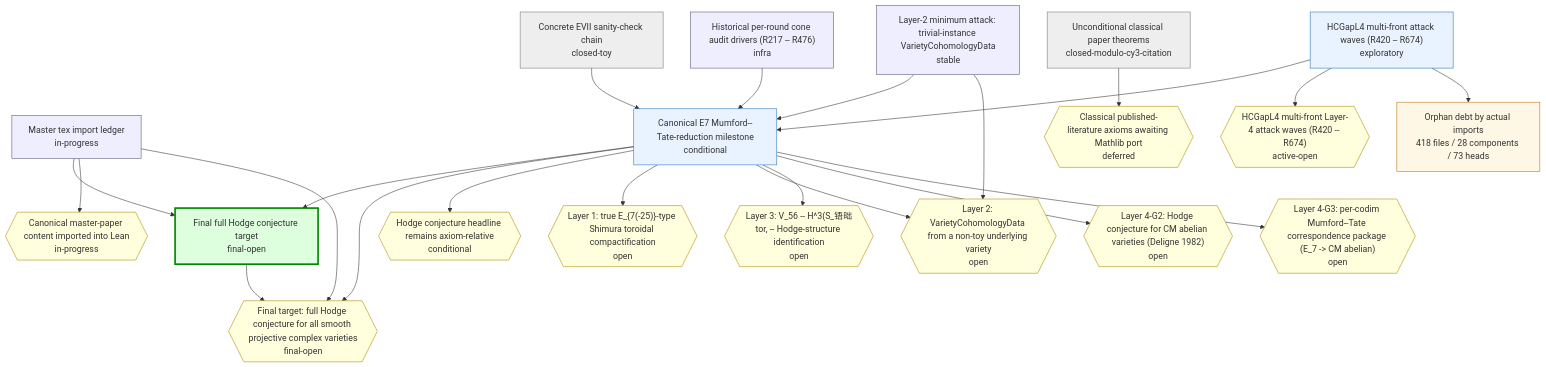
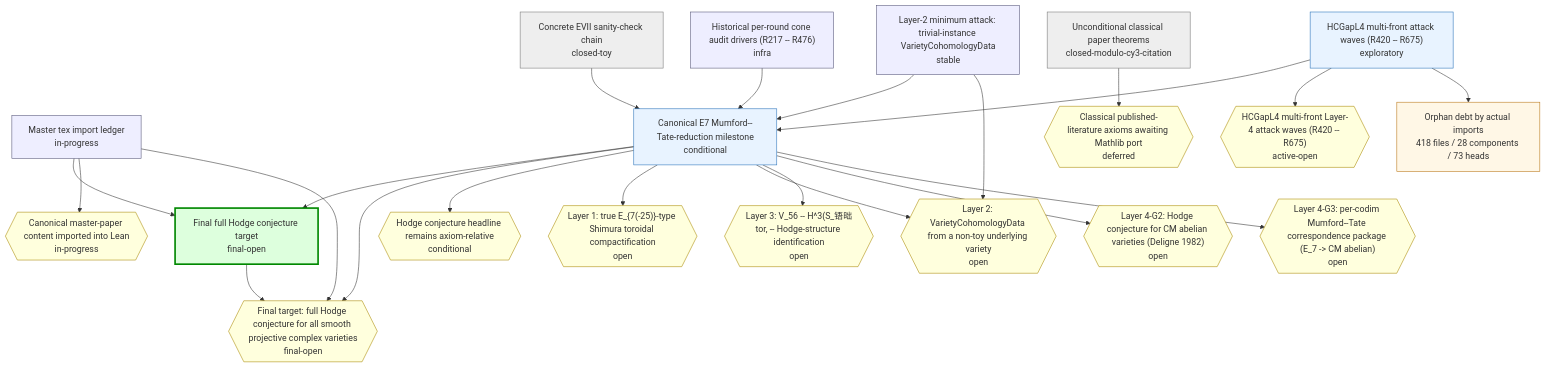
One commit to crabsatellite/hodge-conjecture-lean4-formalization changed the first of 2 diagrams in chain-status/research-map.md. Above: the diagram before and after it, drawn with Mermaid. The commit also changed other lines of this file and 8 other files, not shown here.

````diff
--- a/chain-status/research-map.md
+++ b/chain-status/research-map.md
@@ -46,54 +46,54 @@
 ```mermaid
 graph TD
   classDef main fill:#dfd,stroke:#080,stroke-width:3px
   classDef active fill:#e8f3ff,stroke:#2670b8
   classDef support fill:#eef,stroke:#557
   classDef closed fill:#eee,stroke:#777
   classDef dead fill:#fdd,stroke:#a00,stroke-width:2px
   classDef gapOpen fill:#ffd,stroke:#a80
   classDef gapClosed fill:#eee,stroke:#777
   classDef gapDead fill:#fdd,stroke:#a00
   classDef debt fill:#fff7e6,stroke:#b87514
   classDef debtTaxonomy fill:#e8f3ff,stroke:#2670b8,stroke-dasharray:3 3
   classDef debtRule fill:#eefbea,stroke:#398439,stroke-dasharray:3 3
   classDef debtDead fill:#fdd,stroke:#a00,stroke-dasharray:3 3
   chain_full_hc_final_target["Final full Hodge conjecture target\nfinal-open"]:::main
   chain_master_paper_import_ledger["Master tex import ledger\nin-progress"]:::support
   chain_main_hc_axiom_relative["Canonical E7 Mumford--Tate-reduction milestone\nconditional"]:::active
   chain_unconditional_classical["Unconditional classical paper theorems\nclosed-modulo-cy3-citation"]:::closed
   chain_hcgap_l2_trivial_instances["Layer-2 minimum attack: trivial-instance VarietyCohomologyData\nstable"]:::support
-  chain_hcgap_l4_multifront_active["HCGapL4 multi-front attack waves (R420 -- R674)\nexploratory"]:::active
+  chain_hcgap_l4_multifront_active["HCGapL4 multi-front attack waves (R420 -- R675)\nexploratory"]:::active
   chain_concrete_evii_toy["Concrete EVII sanity-check chain\nclosed-toy"]:::closed
   chain_historical_cone_audits["Historical per-round cone audit drivers (R217 -- R476)\ninfra"]:::support
   gap_G_full_hc{{"Final target: full Hodge conjecture for all smooth projective complex varieties\nfinal-open"}}:::gapOpen
   gap_G_master_paper_import{{"Canonical master-paper content imported into Lean\nin-progress"}}:::gapOpen
   gap_G_main_hc{{"Hodge conjecture headline remains axiom-relative\nconditional"}}:::gapOpen
   gap_G_l1_e7_shimura_tor{{"Layer 1: true E_{7(-25)}-type Shimura toroidal compactification\nopen"}}:::gapOpen
   gap_G_l2_cohomology_construction{{"Layer 2: VarietyCohomologyData from a non-toy underlying variety\nopen"}}:::gapOpen
   gap_G_l3_v56_mt_identification{{"Layer 3: V_56 -- H^3(S_铻昢tor, -- Hodge-structure identification\nopen"}}:::gapOpen
   gap_G_l4_cm_abelian_hc{{"Layer 4-G2: Hodge conjecture for CM abelian varieties (Deligne 1982)\nopen"}}:::gapOpen
   gap_G_l4_mt_correspondence{{"Layer 4-G3: per-codim Mumford--Tate correspondence package (E_7 -> CM abelian)\nopen"}}:::gapOpen
   gap_G_classical_mathlib_port{{"Classical published-literature axioms awaiting Mathlib port\ndeferred"}}:::gapOpen
-  gap_G_hcgap_l4_multifront{{"HCGapL4 multi-front Layer-4 attack waves (R420 -- R674)\nactive-open"}}:::gapOpen
+  gap_G_hcgap_l4_multifront{{"HCGapL4 multi-front Layer-4 attack waves (R420 -- R675)\nactive-open"}}:::gapOpen
   chain_full_hc_final_target --> gap_G_full_hc
   chain_master_paper_import_ledger --> chain_full_hc_final_target
   chain_master_paper_import_ledger --> gap_G_master_paper_import
   chain_master_paper_import_ledger --> gap_G_full_hc
   chain_main_hc_axiom_relative --> chain_full_hc_final_target
   chain_main_hc_axiom_relative --> gap_G_full_hc
   chain_main_hc_axiom_relative --> gap_G_main_hc
   chain_main_hc_axiom_relative --> gap_G_l1_e7_shimura_tor
   chain_main_hc_axiom_relative --> gap_G_l2_cohomology_construction
   chain_main_hc_axiom_relative --> gap_G_l3_v56_mt_identification
   chain_main_hc_axiom_relative --> gap_G_l4_cm_abelian_hc
   chain_main_hc_axiom_relative --> gap_G_l4_mt_correspondence
   chain_unconditional_classical --> gap_G_classical_mathlib_port
   chain_hcgap_l2_trivial_instances --> chain_main_hc_axiom_relative
   chain_hcgap_l2_trivial_instances --> gap_G_l2_cohomology_construction
   chain_hcgap_l4_multifront_active --> chain_main_hc_axiom_relative
   chain_hcgap_l4_multifront_active --> gap_G_hcgap_l4_multifront
   chain_concrete_evii_toy --> chain_main_hc_axiom_relative
   chain_historical_cone_audits --> chain_main_hc_axiom_relative
   debt_all["Orphan debt by actual imports\n418 files / 28 components / 73 heads"]:::debt
   chain_hcgap_l4_multifront_active --> debt_all
 ```
````
